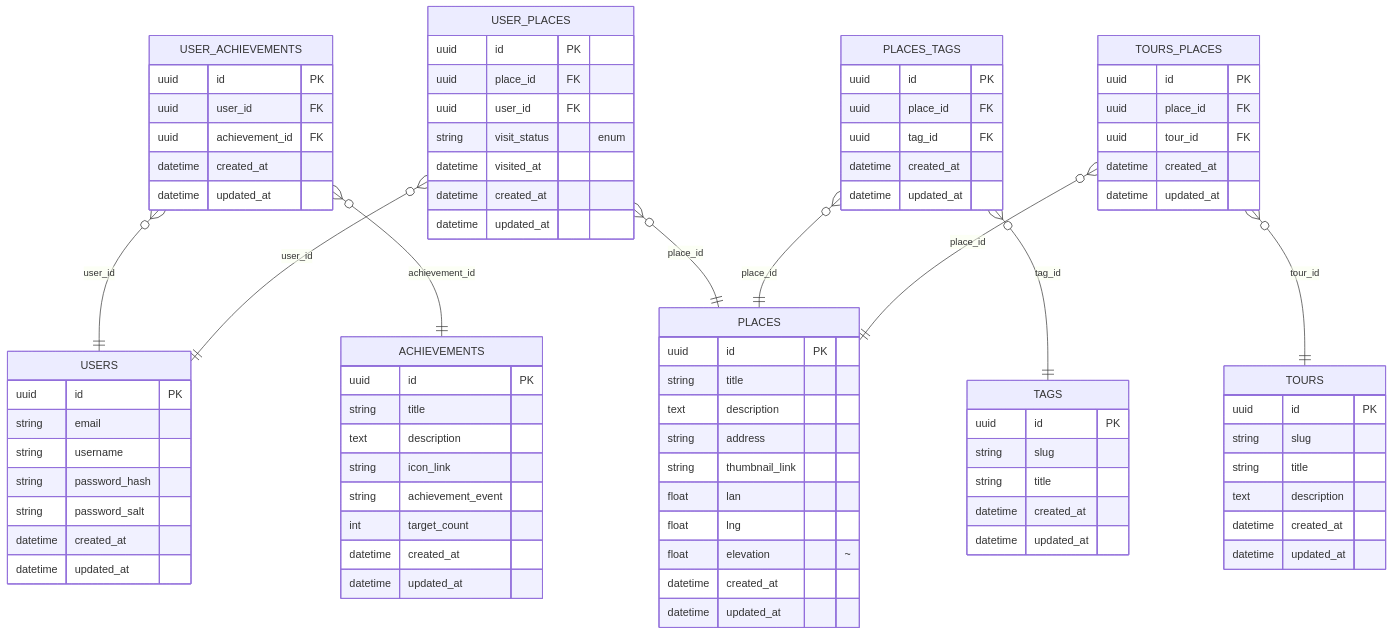
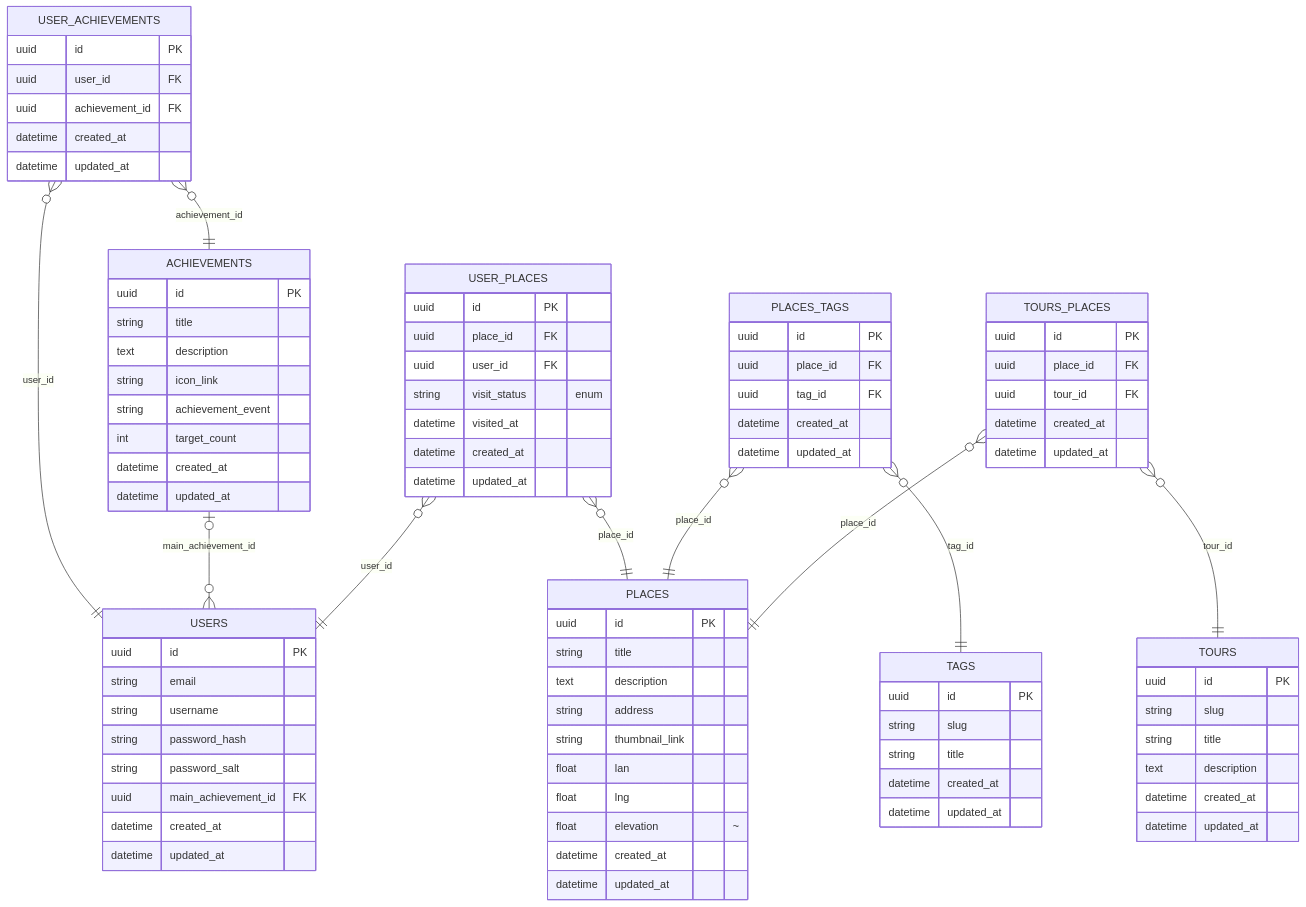
The diagram in readme.md (luiqor/krokwalk), drawn with Mermaid before and after one commit. The commit also changed 14 other files, not shown here.

Commit message:
add main achievement field to user backend

```diff
--- a/readme.md
+++ b/readme.md
@@ -33,9 +33,11 @@
         string username
         string password_hash
         string password_salt
+        uuid main_achievement_id FK
         datetime created_at
         datetime updated_at
     }
+    ACHIEVEMENTS |o--o{ USERS : "main_achievement_id"
 
     PLACES {
         uuid id PK
```
